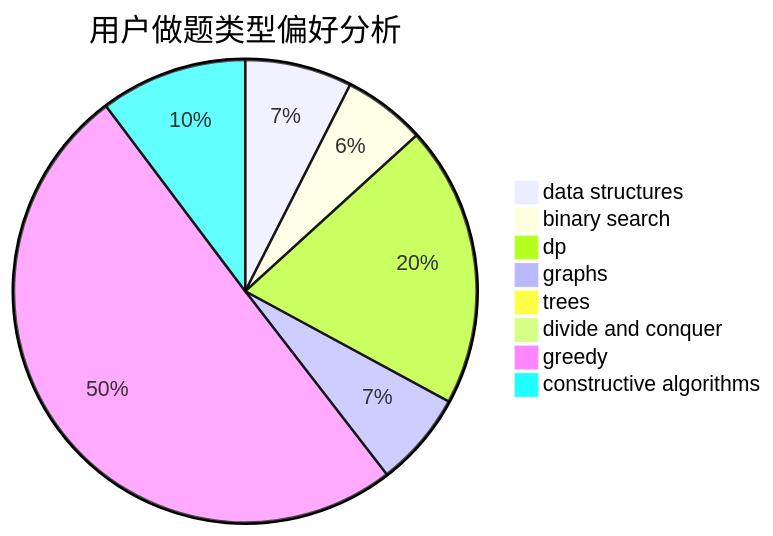
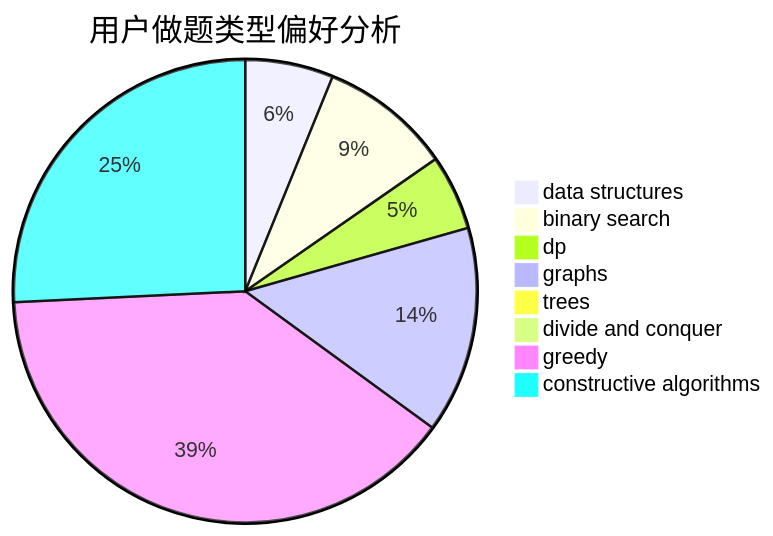
The second of 3 diagrams in docs/user/u2607.md (sherpahu/cfrs.github.io), drawn with Mermaid before and after one commit. The commit also changed other lines of this file and 2770 other files, not shown here.

````diff
--- a/docs/user/u2607.md
+++ b/docs/user/u2607.md
@@ -23,11 +23,11 @@
 ```mermaid
 pie title 用户做题类型偏好分析
-    "data structures" :  35
-    "binary search" :  27
-    "dp" :  92
-    "graphs" :  31
-    "trees" :  1
-    "divide and conquer" :  0
-    "greedy" :  235
-    "constructive algorithms" :  48
+    "data structures" :  75
+    "binary search" :  112
+    "dp" :  64
+    "graphs" :  176
+    "trees" :  9
+    "divide and conquer" :  8
+    "greedy" :  478
+    "constructive algorithms" :  314
 ```
````
